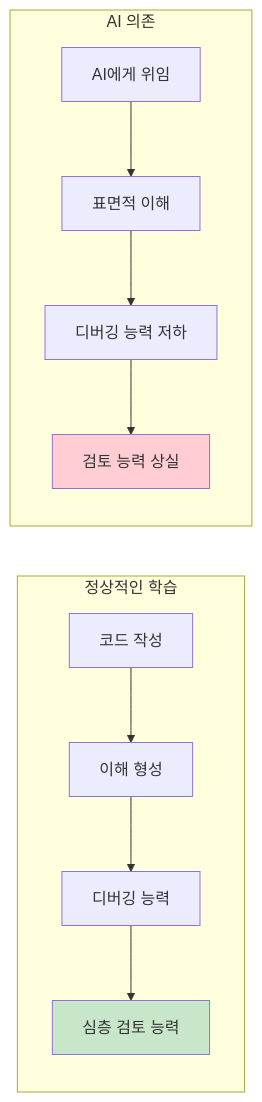
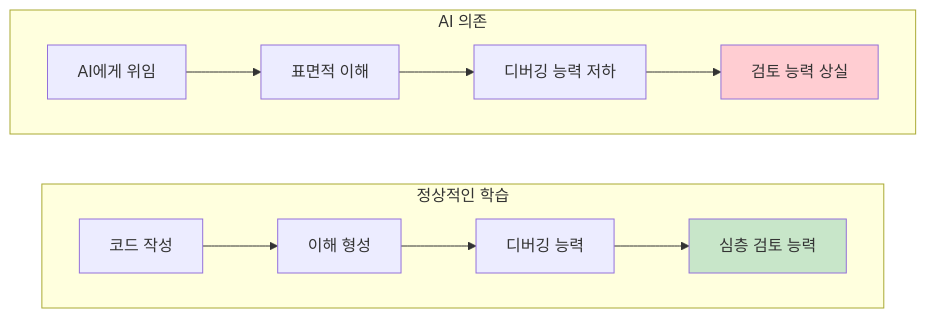
The third of 9 diagrams in content/post/2026/2026-03-04-ai-coding-hidden-costs.md (gyuha/blog), drawn with Mermaid before and after one commit. The commit also changed other lines of this file and 1 other file, not shown here.

````diff
--- a/content/post/2026/2026-03-04-ai-coding-hidden-costs.md
+++ b/content/post/2026/2026-03-04-ai-coding-hidden-costs.md
@@ -105,17 +108,19 @@
 ```mermaid
 flowchart LR
     subgraph "정상적인 학습"
+        direction LR
         A1[코드 작성] --> A2[이해 형성]
         A2 --> A3[디버깅 능력]
         A3 --> A4[심층 검토 능력]
     end
 
     subgraph "AI 의존"
+        direction LR
         B1[AI에게 위임] --> B2[표면적 이해]
         B2 --> B3[디버깅 능력 저하]
         B3 --> B4[검토 능력 상실]
     end
 
     style A4 fill:#c8e6c9
     style B4 fill:#ffcdd2
 ```
````
